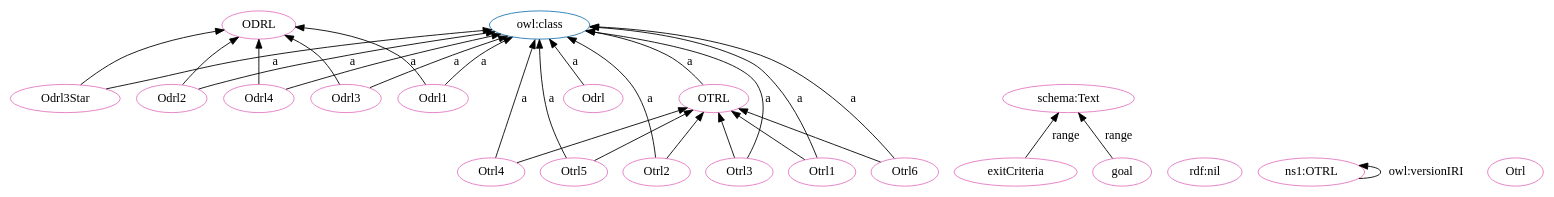
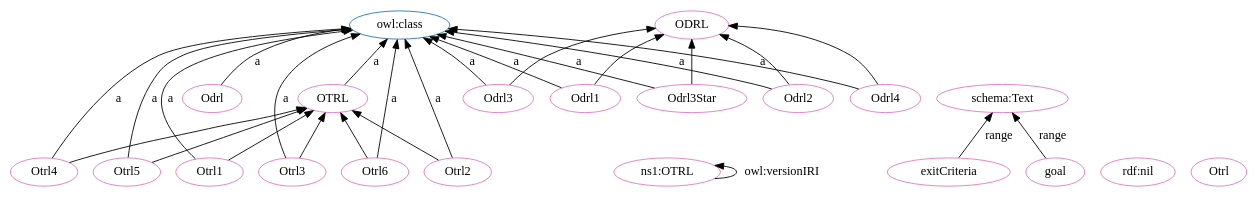
One commit to OPEN-NEXT/OKH-LOSH changed the diagram in OTRL-clean.dot. Above: the diagram before and after it, drawn with Graphviz. The commit also changed other lines of this file and 15 other files, not shown here.

```diff
--- a/OTRL-clean.dot
+++ b/OTRL-clean.dot
@@ -1,54 +1,54 @@
 digraph G {
   rankdir=BT
   node[height=.3]
+"http://purl.org/oseg/ontologies/OTRL#OTRL" [fillcolor="#1f77b4" color="#1f77b4" label="OTRL"]
 "http://purl.org/oseg/ontologies/OTRL#ODRL" [fillcolor="#1f77b4" color="#1f77b4" label="ODRL"]
-"http://purl.org/oseg/ontologies/OTRL#OTRL" [fillcolor="#1f77b4" color="#1f77b4" label="OTRL"]
 "http://www.w3.org/2002/07/owl#class" [fillcolor="#1f77b4" color="#1f77b4" label="owl:class"]
+"http://purl.org/oseg/ontologies/OTRL" [fillcolor="#e377c2" color="#e377c2" label="ns1:OTRL"]
+"http://purl.org/oseg/ontologies/OTRL#ODRL" [fillcolor="#e377c2" color="#e377c2" label="ODRL"]
+"http://purl.org/oseg/ontologies/OTRL#exitCriteria" [fillcolor="#e377c2" color="#e377c2" label="exitCriteria"]
+"http://purl.org/oseg/ontologies/OTRL#goal" [fillcolor="#e377c2" color="#e377c2" label="goal"]
+"http://purl.org/oseg/ontologies/OTRL#OTRL" [fillcolor="#e377c2" color="#e377c2" label="OTRL"]
 "http://purl.org/oseg/ontologies/OTRL#Otrl4" [fillcolor="#e377c2" color="#e377c2" label="Otrl4"]
 "http://purl.org/oseg/ontologies/OTRL#Odrl" [fillcolor="#e377c2" color="#e377c2" label="Odrl"]
-"http://purl.org/oseg/ontologies/OTRL#ODRL" [fillcolor="#e377c2" color="#e377c2" label="ODRL"]
-"http://purl.org/oseg/ontologies/OTRL#Odrl3Star" [fillcolor="#e377c2" color="#e377c2" label="Odrl3Star"]
-"http://purl.org/oseg/ontologies/OTRL#exitCriteria" [fillcolor="#e377c2" color="#e377c2" label="exitCriteria"]
-"http://purl.org/oseg/ontologies/OTRL#Odrl2" [fillcolor="#e377c2" color="#e377c2" label="Odrl2"]
 "http://www.w3.org/1999/02/22-rdf-syntax-ns#nil" [fillcolor="#e377c2" color="#e377c2" label="rdf:nil"]
-"http://purl.org/oseg/ontologies/OTRL" [fillcolor="#e377c2" color="#e377c2" label="ns1:OTRL"]
-"http://purl.org/oseg/ontologies/OTRL#Odrl4" [fillcolor="#e377c2" color="#e377c2" label="Odrl4"]
+"http://purl.org/oseg/ontologies/OTRL#Otrl1" [fillcolor="#e377c2" color="#e377c2" label="Otrl1"]
+"http://purl.org/oseg/ontologies/OTRL#Otrl3" [fillcolor="#e377c2" color="#e377c2" label="Otrl3"]
 "http://purl.org/oseg/ontologies/OTRL#Otrl5" [fillcolor="#e377c2" color="#e377c2" label="Otrl5"]
-"http://purl.org/oseg/ontologies/OTRL#OTRL" [fillcolor="#e377c2" color="#e377c2" label="OTRL"]
-"http://purl.org/oseg/ontologies/OTRL#Otrl" [fillcolor="#e377c2" color="#e377c2" label="Otrl"]
 "http://purl.org/oseg/ontologies/OTRL#Odrl3" [fillcolor="#e377c2" color="#e377c2" label="Odrl3"]
 "http://schema.org/Text" [fillcolor="#e377c2" color="#e377c2" label="schema:Text"]
+"http://purl.org/oseg/ontologies/OTRL#Odrl1" [fillcolor="#e377c2" color="#e377c2" label="Odrl1"]
+"http://purl.org/oseg/ontologies/OTRL#Odrl2" [fillcolor="#e377c2" color="#e377c2" label="Odrl2"]
+"http://purl.org/oseg/ontologies/OTRL#Otrl6" [fillcolor="#e377c2" color="#e377c2" label="Otrl6"]
+"http://purl.org/oseg/ontologies/OTRL#Odrl3Star" [fillcolor="#e377c2" color="#e377c2" label="Odrl3Star"]
+"http://purl.org/oseg/ontologies/OTRL#Odrl4" [fillcolor="#e377c2" color="#e377c2" label="Odrl4"]
+"http://purl.org/oseg/ontologies/OTRL#Otrl" [fillcolor="#e377c2" color="#e377c2" label="Otrl"]
 "http://purl.org/oseg/ontologies/OTRL#Otrl2" [fillcolor="#e377c2" color="#e377c2" label="Otrl2"]
-"http://purl.org/oseg/ontologies/OTRL#Otrl3" [fillcolor="#e377c2" color="#e377c2" label="Otrl3"]
-"http://purl.org/oseg/ontologies/OTRL#goal" [fillcolor="#e377c2" color="#e377c2" label="goal"]
-"http://purl.org/oseg/ontologies/OTRL#Odrl1" [fillcolor="#e377c2" color="#e377c2" label="Odrl1"]
-"http://purl.org/oseg/ontologies/OTRL#Otrl1" [fillcolor="#e377c2" color="#e377c2" label="Otrl1"]
-"http://purl.org/oseg/ontologies/OTRL#Otrl6" [fillcolor="#e377c2" color="#e377c2" label="Otrl6"]
-  "http://purl.org/oseg/ontologies/OTRL#Otrl4" -> "http://www.w3.org/2002/07/owl#class" [label="a"]
-  "http://purl.org/oseg/ontologies/OTRL#Odrl4" -> "http://purl.org/oseg/ontologies/OTRL#ODRL" [label=""]
-  "http://purl.org/oseg/ontologies/OTRL#Odrl2" -> "http://www.w3.org/2002/07/owl#class" [label="a"]
+  "http://purl.org/oseg/ontologies/OTRL#Otrl1" -> "http://purl.org/oseg/ontologies/OTRL#OTRL" [label=""]
+  "http://purl.org/oseg/ontologies/OTRL#Otrl5" -> "http://purl.org/oseg/ontologies/OTRL#OTRL" [label=""]
+  "http://purl.org/oseg/ontologies/OTRL#Odrl3" -> "http://purl.org/oseg/ontologies/OTRL#ODRL" [label=""]
+  "http://purl.org/oseg/ontologies/OTRL#Otrl1" -> "http://www.w3.org/2002/07/owl#class" [label="a"]
+  "http://purl.org/oseg/ontologies/OTRL#Otrl5" -> "http://www.w3.org/2002/07/owl#class" [label="a"]
+  "http://purl.org/oseg/ontologies/OTRL#Odrl2" -> "http://purl.org/oseg/ontologies/OTRL#ODRL" [label=""]
+  "http://purl.org/oseg/ontologies/OTRL#Odrl1" -> "http://www.w3.org/2002/07/owl#class" [label="a"]
+  "http://purl.org/oseg/ontologies/OTRL#OTRL" -> "http://www.w3.org/2002/07/owl#class" [label="a"]
   "http://purl.org/oseg/ontologies/OTRL#Odrl4" -> "http://www.w3.org/2002/07/owl#class" [label="a"]
-  "http://purl.org/oseg/ontologies/OTRL#Otrl5" -> "http://purl.org/oseg/ontologies/OTRL#OTRL" [label=""]
-  "http://purl.org/oseg/ontologies/OTRL#Otrl6" -> "http://purl.org/oseg/ontologies/OTRL#OTRL" [label=""]
-  "http://purl.org/oseg/ontologies/OTRL#Otrl1" -> "http://purl.org/oseg/ontologies/OTRL#OTRL" [label=""]
-  "http://purl.org/oseg/ontologies/OTRL#Odrl3" -> "http://www.w3.org/2002/07/owl#class" [label="a"]
-  "http://purl.org/oseg/ontologies/OTRL#Otrl2" -> "http://www.w3.org/2002/07/owl#class" [label="a"]
   "http://purl.org/oseg/ontologies/OTRL#Otrl4" -> "http://purl.org/oseg/ontologies/OTRL#OTRL" [label=""]
-  "http://purl.org/oseg/ontologies/OTRL#Otrl3" -> "http://purl.org/oseg/ontologies/OTRL#OTRL" [label=""]
   "http://purl.org/oseg/ontologies/OTRL#Otrl2" -> "http://purl.org/oseg/ontologies/OTRL#OTRL" [label=""]
   "http://purl.org/oseg/ontologies/OTRL" -> "http://purl.org/oseg/ontologies/OTRL" [label="owl:versionIRI"]
   "http://purl.org/oseg/ontologies/OTRL#Odrl3Star" -> "http://purl.org/oseg/ontologies/OTRL#ODRL" [label=""]
+  "http://purl.org/oseg/ontologies/OTRL#Otrl3" -> "http://purl.org/oseg/ontologies/OTRL#OTRL" [label=""]
+  "http://purl.org/oseg/ontologies/OTRL#Otrl4" -> "http://www.w3.org/2002/07/owl#class" [label="a"]
+  "http://purl.org/oseg/ontologies/OTRL#Otrl6" -> "http://purl.org/oseg/ontologies/OTRL#OTRL" [label=""]
   "http://purl.org/oseg/ontologies/OTRL#Odrl" -> "http://www.w3.org/2002/07/owl#class" [label="a"]
+  "http://purl.org/oseg/ontologies/OTRL#Otrl3" -> "http://www.w3.org/2002/07/owl#class" [label="a"]
+  "http://purl.org/oseg/ontologies/OTRL#Odrl3" -> "http://www.w3.org/2002/07/owl#class" [label="a"]
+  "http://purl.org/oseg/ontologies/OTRL#exitCriteria" -> "http://schema.org/Text" [label="range"]
+  "http://purl.org/oseg/ontologies/OTRL#goal" -> "http://schema.org/Text" [label="range"]
+  "http://purl.org/oseg/ontologies/OTRL#Odrl4" -> "http://purl.org/oseg/ontologies/OTRL#ODRL" [label=""]
+  "http://purl.org/oseg/ontologies/OTRL#Odrl2" -> "http://www.w3.org/2002/07/owl#class" [label="a"]
+  "http://purl.org/oseg/ontologies/OTRL#Otrl6" -> "http://www.w3.org/2002/07/owl#class" [label="a"]
   "http://purl.org/oseg/ontologies/OTRL#Odrl3Star" -> "http://www.w3.org/2002/07/owl#class" [label="a"]
-  "http://purl.org/oseg/ontologies/OTRL#Otrl5" -> "http://www.w3.org/2002/07/owl#class" [label="a"]
-  "http://purl.org/oseg/ontologies/OTRL#OTRL" -> "http://www.w3.org/2002/07/owl#class" [label="a"]
+  "http://purl.org/oseg/ontologies/OTRL#Otrl2" -> "http://www.w3.org/2002/07/owl#class" [label="a"]
   "http://purl.org/oseg/ontologies/OTRL#Odrl1" -> "http://purl.org/oseg/ontologies/OTRL#ODRL" [label=""]
-  "http://purl.org/oseg/ontologies/OTRL#exitCriteria" -> "http://schema.org/Text" [label="range"]
-  "http://purl.org/oseg/ontologies/OTRL#Otrl3" -> "http://www.w3.org/2002/07/owl#class" [label="a"]
-  "http://purl.org/oseg/ontologies/OTRL#Odrl2" -> "http://purl.org/oseg/ontologies/OTRL#ODRL" [label=""]
-  "http://purl.org/oseg/ontologies/OTRL#Odrl3" -> "http://purl.org/oseg/ontologies/OTRL#ODRL" [label=""]
-  "http://purl.org/oseg/ontologies/OTRL#goal" -> "http://schema.org/Text" [label="range"]
-  "http://purl.org/oseg/ontologies/OTRL#Odrl1" -> "http://www.w3.org/2002/07/owl#class" [label="a"]
-  "http://purl.org/oseg/ontologies/OTRL#Otrl1" -> "http://www.w3.org/2002/07/owl#class" [label="a"]
-  "http://purl.org/oseg/ontologies/OTRL#Otrl6" -> "http://www.w3.org/2002/07/owl#class" [label="a"]
 }
```
